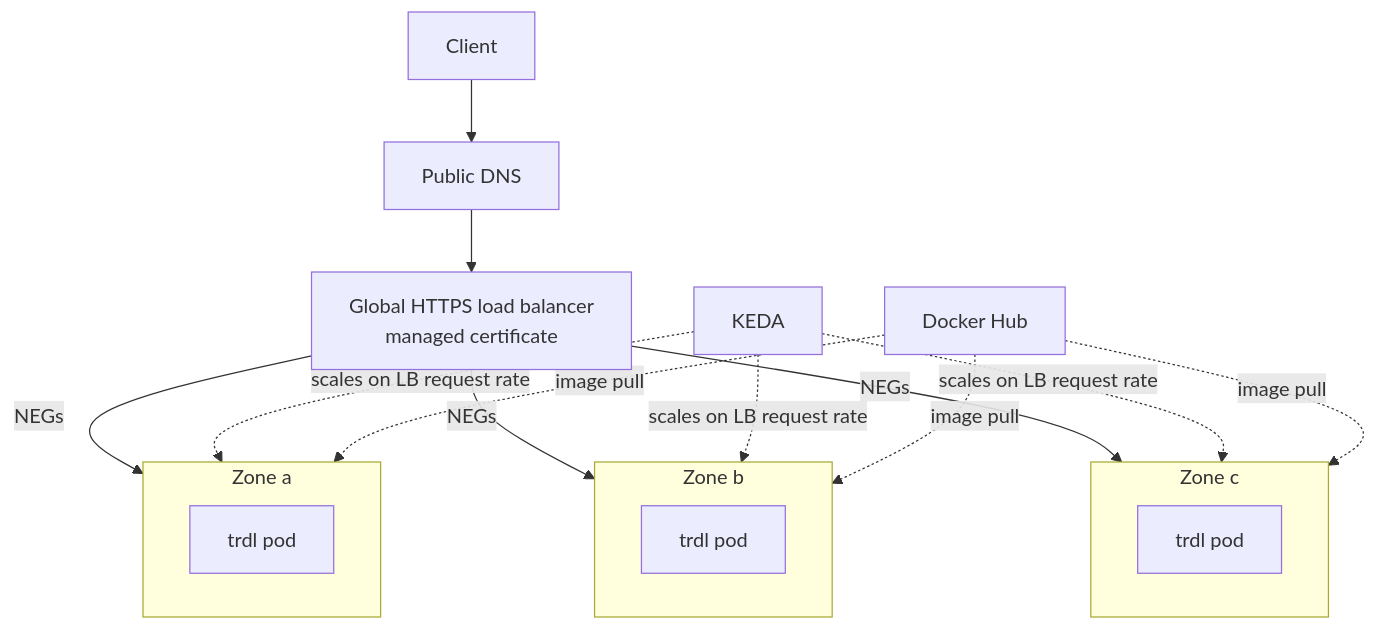
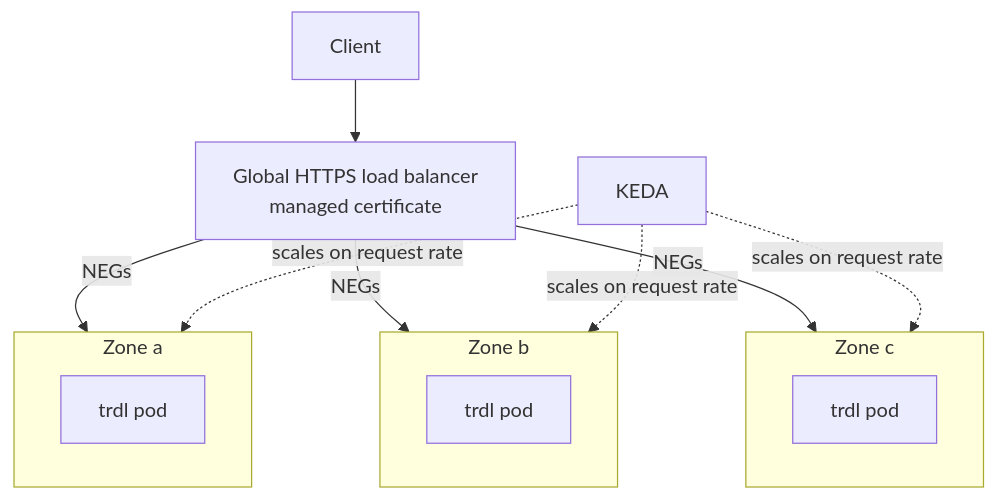
One commit to bulletcomes/trdl changed the diagram in docs/solution.md. Above: the diagram before and after it, drawn with Mermaid. The commit also changed other lines of this file and 13 other files, not shown here.

````diff
--- a/docs/solution.md
+++ b/docs/solution.md
@@ -13,17 +7,15 @@
 ```mermaid
 flowchart TB
-    C[Client] --> DNS[Public DNS]
-    DNS --> LB[Global HTTPS load balancer<br/>managed certificate]
+    C[Client] --> LB[Global HTTPS load balancer<br/>managed certificate]
     LB -- NEGs --> Z1 & Z2 & Z3
     subgraph Z1[Zone a]
         P1[trdl pod]
     end
     subgraph Z2[Zone b]
         P2[trdl pod]
     end
     subgraph Z3[Zone c]
         P3[trdl pod]
     end
-    KEDA[KEDA] -. scales on LB request rate .-> Z1 & Z2 & Z3
-    REG[Docker Hub] -. image pull .-> Z1 & Z2 & Z3
+    KEDA[KEDA] -. scales on request rate .-> Z1 & Z2 & Z3
 ```
````
